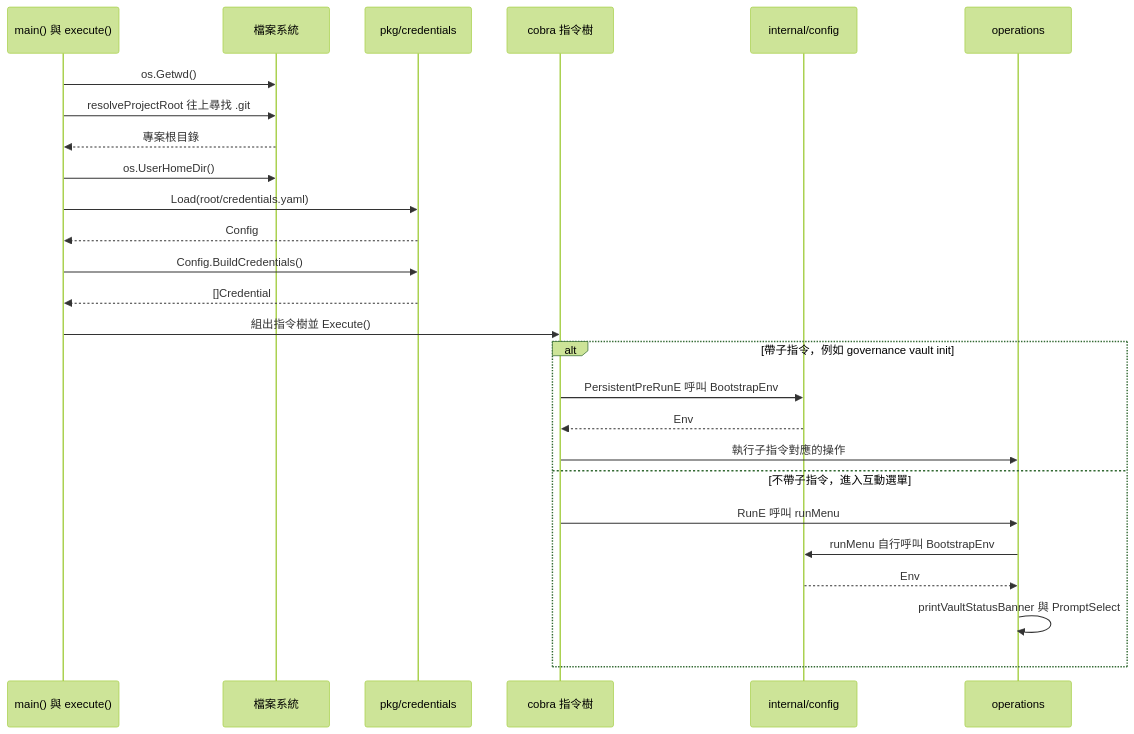
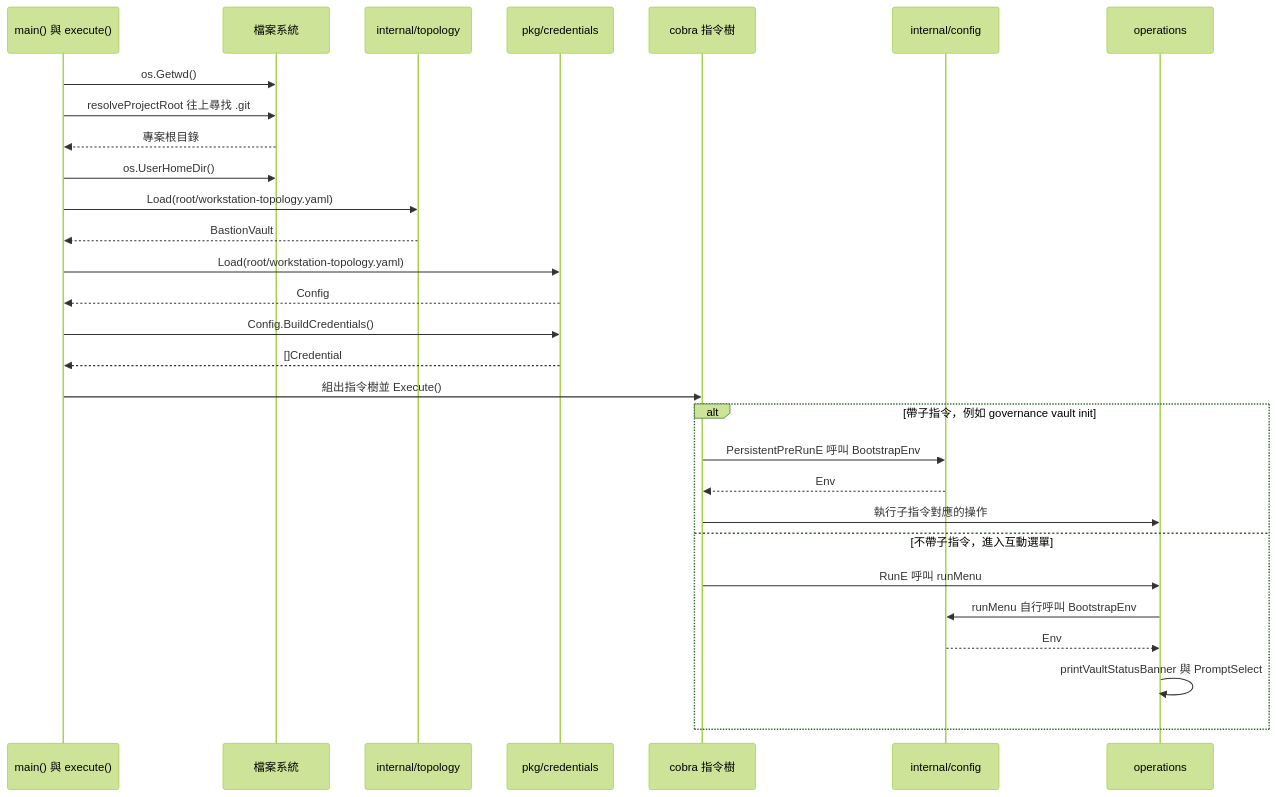
The second of 3 diagrams in tools/governance/README.md (csning1998/parent-group-governance), drawn with Mermaid (forest theme) before and after one commit. The commit also changed other lines of this file and 12 other files, not shown here.

````diff
--- a/tools/governance/README.md
+++ b/tools/governance/README.md
@@ -94,30 +95,33 @@
 ```mermaid
 sequenceDiagram
     participant Main as main() 與 execute()
     participant FS as 檔案系統
+    participant Topology as internal/topology
     participant Credentials as pkg/credentials
     participant Cobra as cobra 指令樹
     participant Config as internal/config
     participant Op as operations
 
     Main->>FS: os.Getwd()
     Main->>FS: resolveProjectRoot 往上尋找 .git
     FS-->>Main: 專案根目錄
     Main->>FS: os.UserHomeDir()
-    Main->>Credentials: Load(root/credentials.yaml)
+    Main->>Topology: Load(root/workstation-topology.yaml)
+    Topology-->>Main: BastionVault
+    Main->>Credentials: Load(root/workstation-topology.yaml)
     Credentials-->>Main: Config
     Main->>Credentials: Config.BuildCredentials()
     Credentials-->>Main: []Credential
     Main->>Cobra: 組出指令樹並 Execute()
 
     alt 帶子指令，例如 governance vault init
         Cobra->>Config: PersistentPreRunE 呼叫 BootstrapEnv
         Config-->>Cobra: Env
         Cobra->>Op: 執行子指令對應的操作
     else 不帶子指令，進入互動選單
         Cobra->>Op: RunE 呼叫 runMenu
         Op->>Config: runMenu 自行呼叫 BootstrapEnv
         Config-->>Op: Env
         Op->>Op: printVaultStatusBanner 與 PromptSelect
     end
 ```
````
